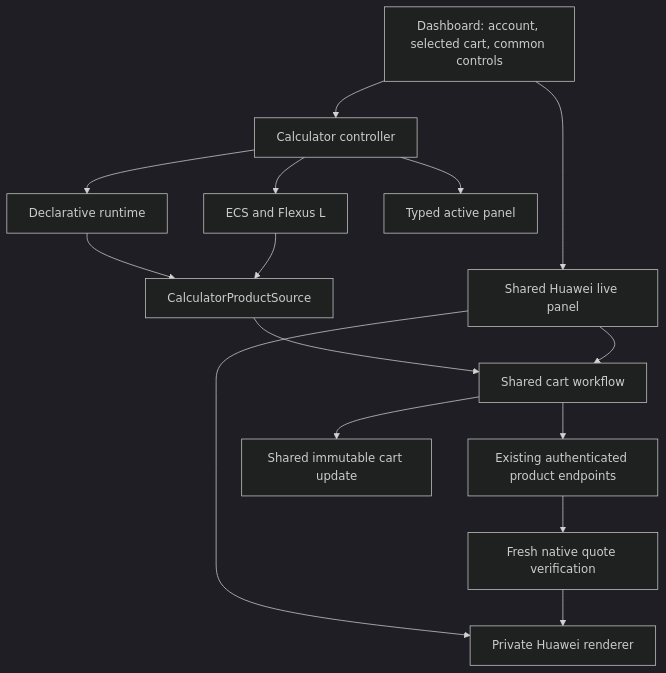
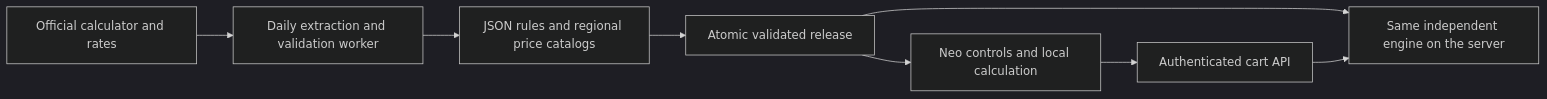
Before and after one commit to j0taaa/neo-calculator: the diagram in docs/calculator-architecture.md, drawn with Mermaid (dark theme). The commit also changed other lines of this file and 56 other files, not shown here.

Commit message:
Replace upstream UI replay with independent daily calculator rules

````diff
--- a/docs/calculator-architecture.md
+++ b/docs/calculator-architecture.md
@@ -9,17 +5,10 @@
 ```mermaid
-flowchart TD
-  page[Dashboard: account, selected cart, common controls] --> controller[Calculator controller]
-  controller --> declarative[Declarative runtime]
-  controller --> custom[ECS and Flexus L]
-  declarative --> source[CalculatorProductSource]
-  custom --> source
-  source --> cart[Shared cart workflow]
-  cart --> transport[Existing authenticated product endpoints]
-  cart --> state[Shared immutable cart update]
-  controller --> panel[Typed active panel]
-  page --> nativePanel[Shared Huawei live panel]
-  nativePanel --> renderer[Private Huawei renderer]
-  nativePanel --> cart
-  transport --> verifier[Fresh native quote verification]
-  verifier --> renderer
+flowchart LR
+  official[Official calculator and rates] --> worker[Daily extraction and validation worker]
+  worker --> rules[JSON rules and regional price catalogs]
+  rules --> publish[Atomic validated release]
+  publish --> browser[Neo controls and local calculation]
+  publish --> api[Same independent engine on the server]
+  browser --> cart[Authenticated cart API]
+  cart --> api
 ```
````
